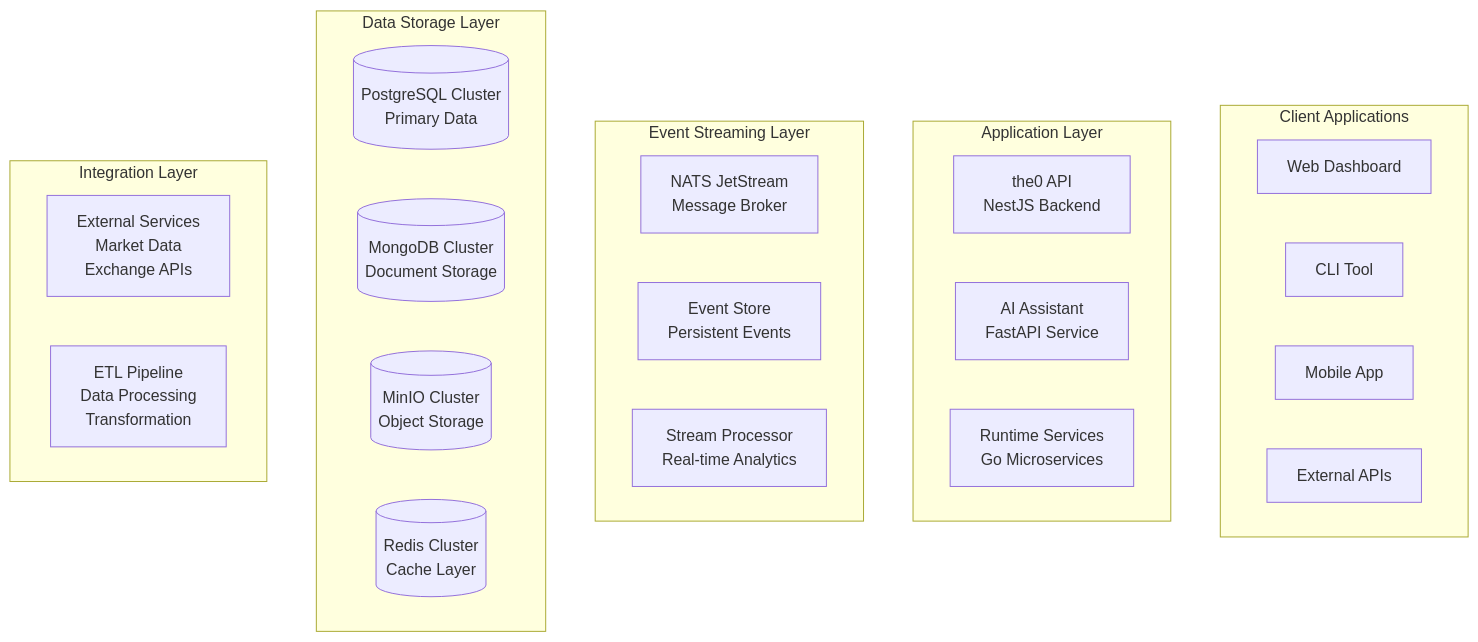
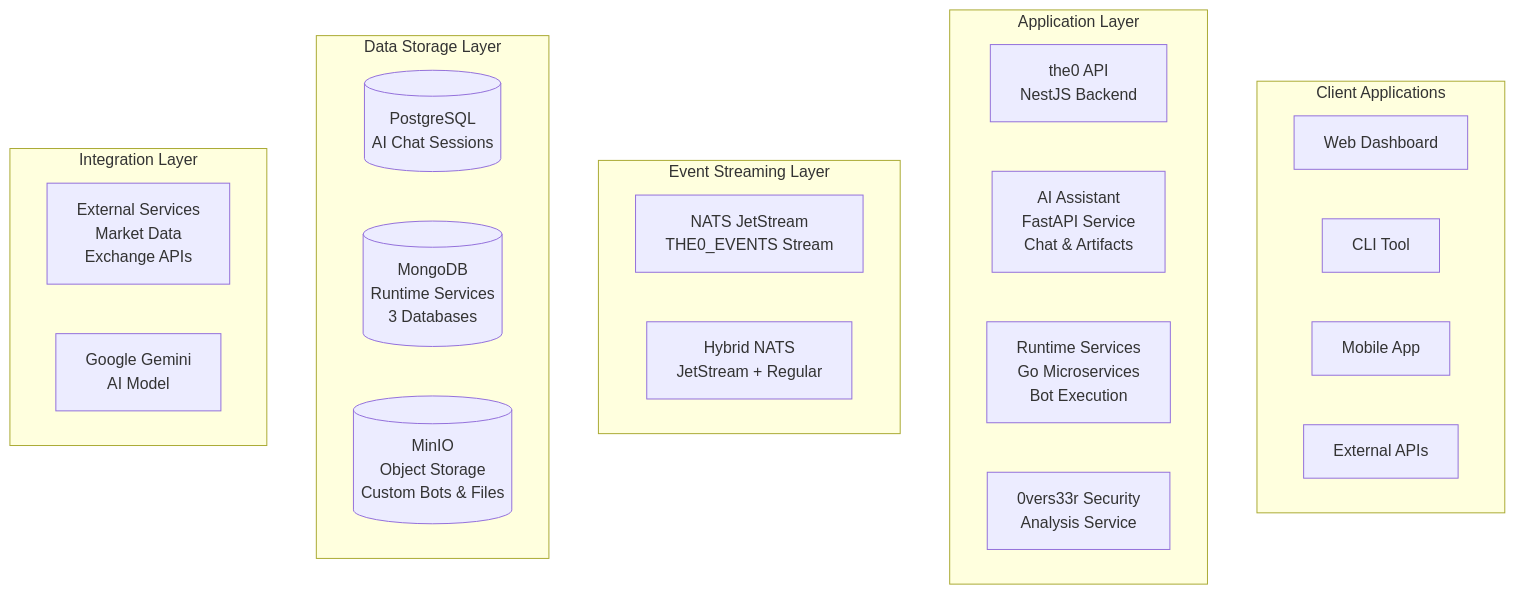
Before and after one commit to alexanderwanyoike/the0: the first of 2 diagrams in docs/src/docs/platform-development-guide/infrastructure/data-architecture.md, drawn with Mermaid. The commit also changed other lines of this file, not shown here.

Commit message:
Implement data-architecture docs

````diff
--- a/docs/src/docs/platform-development-guide/infrastructure/data-architecture.md
+++ b/docs/src/docs/platform-development-guide/infrastructure/data-architecture.md
@@ -36,33 +35,32 @@
 ```mermaid
 graph TB
     subgraph "Client Applications"
         WEB[Web Dashboard]
         CLI[CLI Tool]
         MOBILE[Mobile App]
         EXT_API[External APIs]
     end
 
     subgraph "Application Layer"
         API_SERVER[the0 API<br/>NestJS Backend]
-        AI_AGENT[AI Assistant<br/>FastAPI Service]
-        RUNTIME[Runtime Services<br/>Go Microservices]
+        AI_AGENT[AI Assistant<br/>FastAPI Service<br/>Chat & Artifacts]
+        RUNTIME[Runtime Services<br/>Go Microservices<br/>Bot Execution]
+        SECURITY[0vers33r Security<br/>Analysis Service]
     end
 
     subgraph "Event Streaming Layer"
-        NATS_STREAM[NATS JetStream<br/>Message Broker]
-        EVENT_STORE[Event Store<br/>Persistent Events]
-        STREAM_PROCESSOR[Stream Processor<br/>Real-time Analytics]
+        NATS_STREAM[NATS JetStream<br/>THE0_EVENTS Stream]
+        HYBRID_NATS[Hybrid NATS<br/>JetStream + Regular]
     end
 
     subgraph "Data Storage Layer"
-        POSTGRES_CLUSTER[(PostgreSQL Cluster<br/>Primary Data)]
-        MONGO_CLUSTER[(MongoDB Cluster<br/>Document Storage)]
-        MINIO_CLUSTER[(MinIO Cluster<br/>Object Storage)]
-        REDIS_CLUSTER[(Redis Cluster<br/>Cache Layer)]
+        POSTGRES_AI[(PostgreSQL<br/>AI Chat Sessions)]
+        MONGO_RUNTIME[(MongoDB<br/>Runtime Services<br/>3 Databases)]
+        MINIO_STORAGE[(MinIO<br/>Object Storage<br/>Custom Bots & Files)]
     end
 
     subgraph "Integration Layer"
         EXTERNAL_APIS[External Services<br/>Market Data<br/>Exchange APIs]
-        DATA_PIPELINE[ETL Pipeline<br/>Data Processing<br/>Transformation]
+        GOOGLE_AI[Google Gemini<br/>AI Model]
     end
 ```
````
